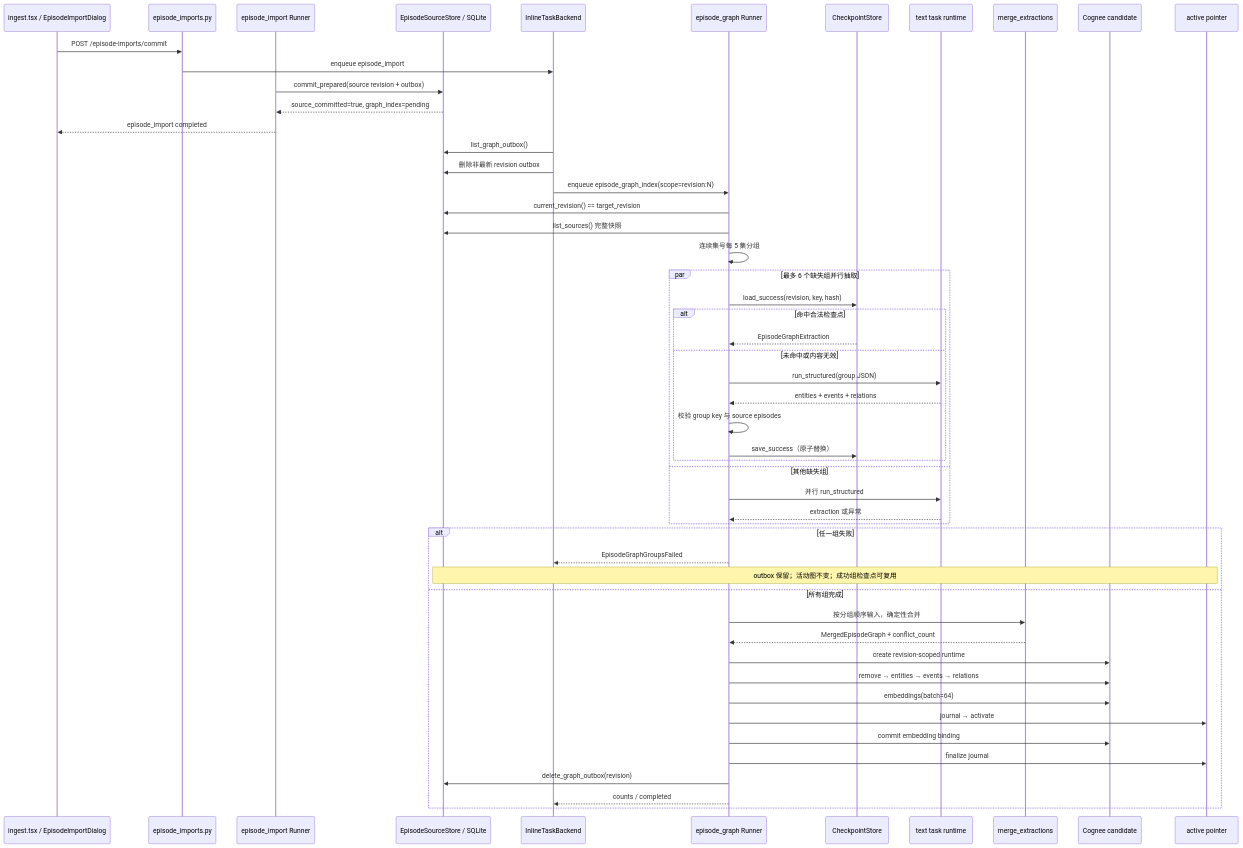
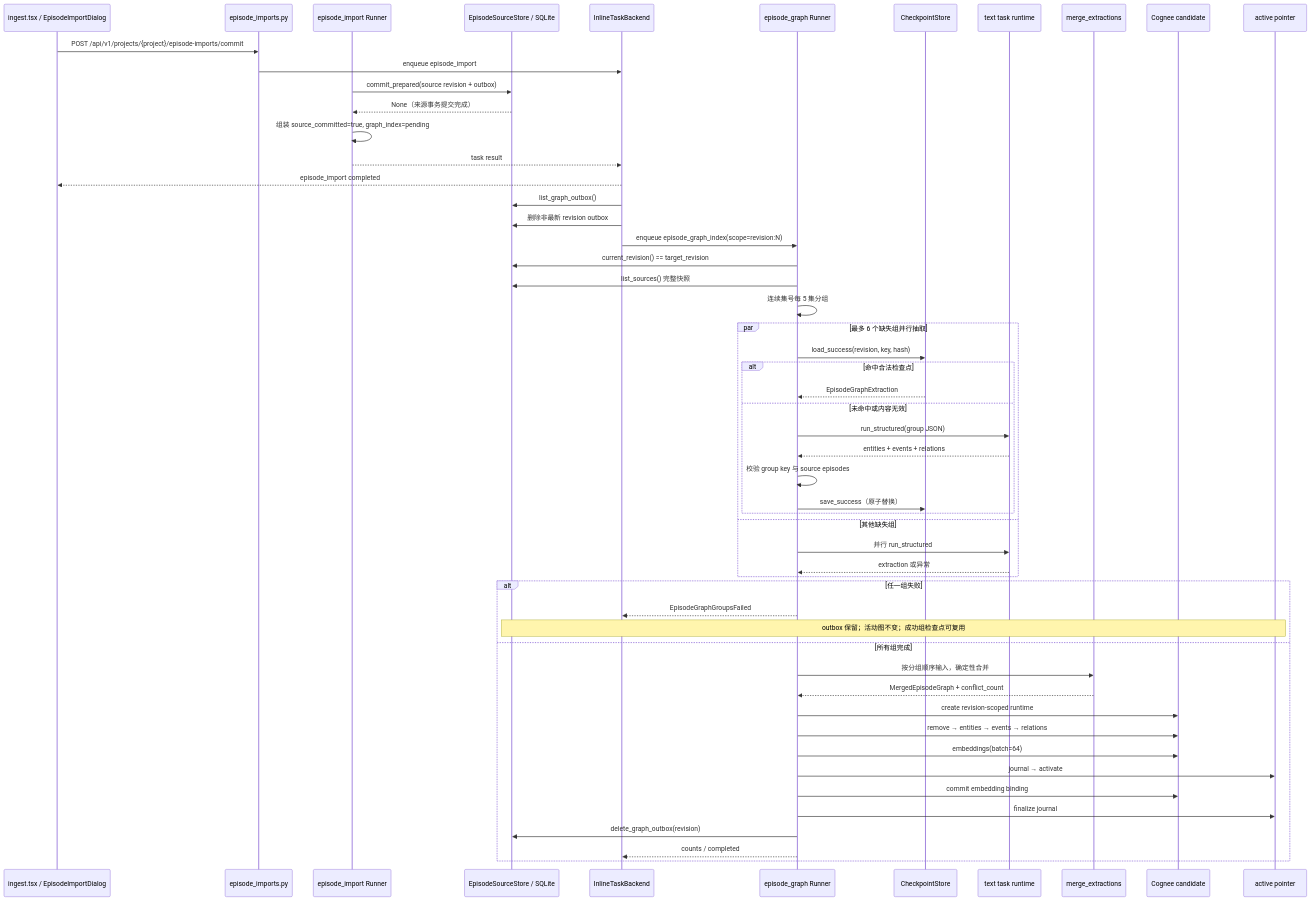
Before and after one commit to YuRui-Liu/Nuomi-drama-factory: the diagram in docs/cookbook/pipelines/02-episode-graph.md, drawn with Mermaid. The commit also changed other lines of this file, not shown here.

Commit message:
docs(cookbook): correct episode graph references

````diff
--- a/docs/cookbook/pipelines/02-episode-graph.md
+++ b/docs/cookbook/pipelines/02-episode-graph.md
@@ -79,57 +79,59 @@
 ```mermaid
 sequenceDiagram
     participant Page as ingest.tsx / EpisodeImportDialog
     participant API as episode_imports.py
     participant Import as episode_import Runner
     participant Source as EpisodeSourceStore / SQLite
     participant Queue as InlineTaskBackend
     participant Graph as episode_graph Runner
     participant Checkpoint as CheckpointStore
     participant Extract as text task runtime
     participant Merge as merge_extractions
     participant Candidate as Cognee candidate
     participant Pointer as active pointer
 
-    Page->>API: POST /episode-imports/commit
+    Page->>API: POST /api/v1/projects/{project}/episode-imports/commit
     API->>Queue: enqueue episode_import
     Import->>Source: commit_prepared(source revision + outbox)
-    Source-->>Import: source_committed=true, graph_index=pending
-    Import-->>Page: episode_import completed
+    Source-->>Import: None（来源事务提交完成）
+    Import->>Import: 组装 source_committed=true, graph_index=pending
+    Import-->>Queue: task result
+    Queue-->>Page: episode_import completed
     Queue->>Source: list_graph_outbox()
     Queue->>Source: 删除非最新 revision outbox
     Queue->>Graph: enqueue episode_graph_index(scope=revision:N)
     Graph->>Source: current_revision() == target_revision
     Graph->>Source: list_sources() 完整快照
     Graph->>Graph: 连续集号每 5 集分组
 
     par 最多 6 个缺失组并行抽取
         Graph->>Checkpoint: load_success(revision, key, hash)
         alt 命中合法检查点
             Checkpoint-->>Graph: EpisodeGraphExtraction
         else 未命中或内容无效
             Graph->>Extract: run_structured(group JSON)
             Extract-->>Graph: entities + events + relations
             Graph->>Graph: 校验 group key 与 source episodes
             Graph->>Checkpoint: save_success（原子替换）
         end
     and 其他缺失组
         Graph->>Extract: 并行 run_structured
         Extract-->>Graph: extraction 或异常
     end
 
     alt 任一组失败
         Graph-->>Queue: EpisodeGraphGroupsFailed
         Note over Source,Pointer: outbox 保留；活动图不变；成功组检查点可复用
     else 所有组完成
         Graph->>Merge: 按分组顺序输入，确定性合并
         Merge-->>Graph: MergedEpisodeGraph + conflict_count
         Graph->>Candidate: create revision-scoped runtime
         Graph->>Candidate: remove → entities → events → relations
         Graph->>Candidate: embeddings(batch=64)
         Graph->>Pointer: journal → activate
         Graph->>Candidate: commit embedding binding
         Graph->>Pointer: finalize journal
         Graph->>Source: delete_graph_outbox(revision)
         Graph-->>Queue: counts / completed
     end
 ```
````
